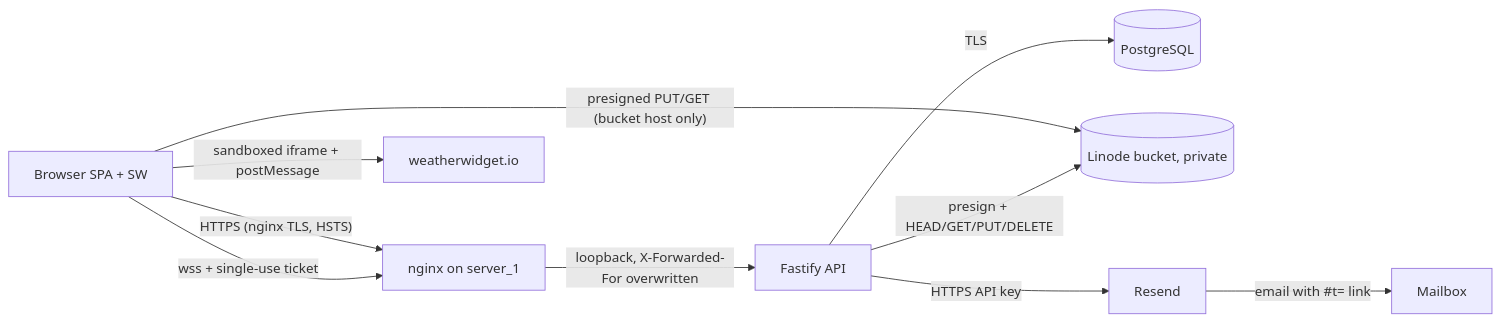
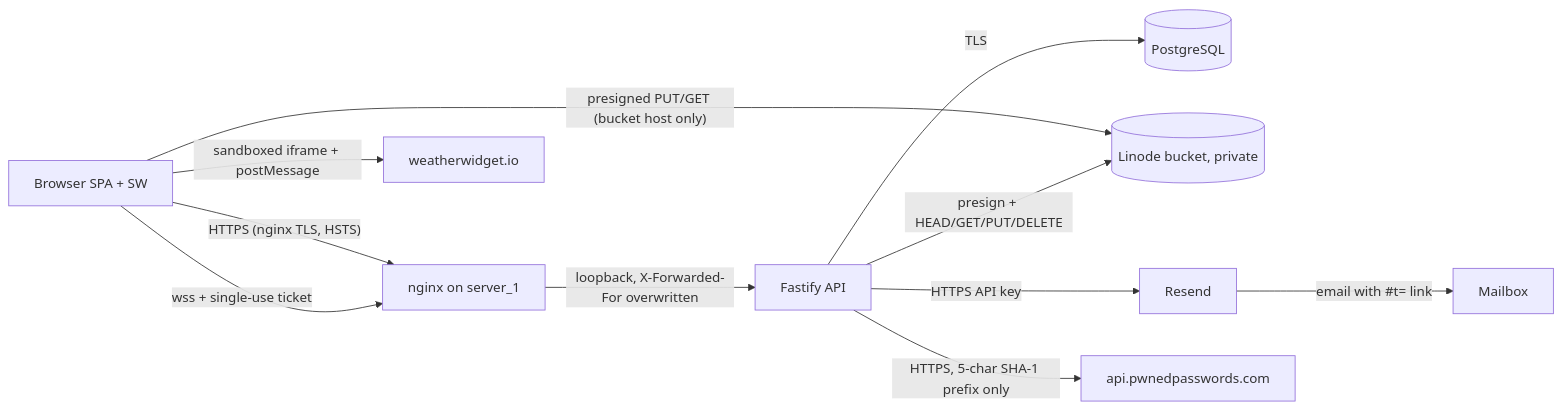
Before and after one commit to abrahamcuenca/Cuencada: the diagram in docs/security/threat-model.md, drawn with Mermaid. The commit also changed other lines of this file and 33 other files, not shown here.

````diff
--- a/docs/security/threat-model.md
+++ b/docs/security/threat-model.md
@@ -54,12 +54,13 @@
 ```mermaid
 flowchart LR
   B[Browser SPA + SW] -- HTTPS (nginx TLS, HSTS) --> N[nginx on server_1]
   N -- loopback, X-Forwarded-For overwritten --> A[Fastify API]
   A -- TLS --> P[(PostgreSQL)]
   B -- presigned PUT/GET (bucket host only) --> S[(Linode bucket, private)]
   A -- presign + HEAD/GET/PUT/DELETE --> S
   A -- HTTPS API key --> R[Resend]
+  A -- HTTPS, 5-char SHA-1 prefix only --> H[api.pwnedpasswords.com]
   R -- email with #t= link --> U[Mailbox]
   B -- wss + single-use ticket --> N
   B -- sandboxed iframe + postMessage --> W[weatherwidget.io]
 ```
````
